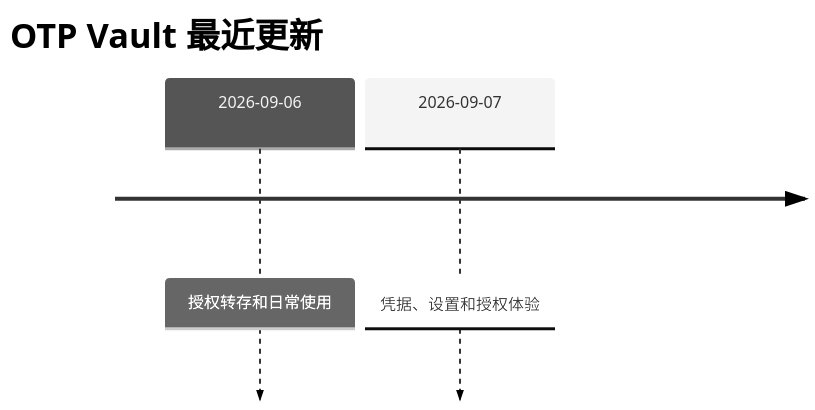
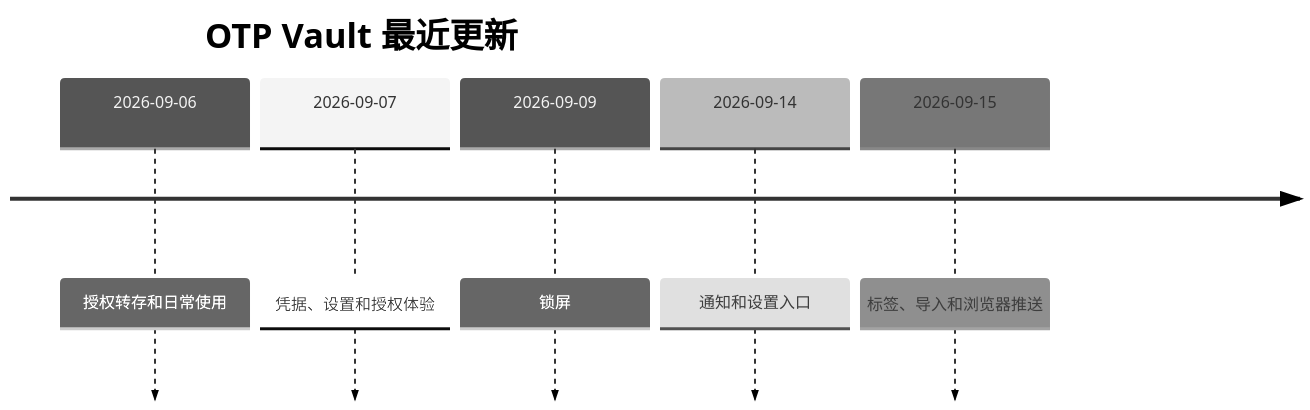
One commit to serein-morii/xb-h5 changed the fourth of 4 diagrams in docs/otp-vault-user-guide.md. Above: the diagram before and after it, drawn with Mermaid (neutral theme). The commit also changed other lines of this file and 2 other files, not shown here.

First line of the commit message:
docs(otp): sync guide timeline and run OTP tests by default.

````diff
--- a/docs/otp-vault-user-guide.md
+++ b/docs/otp-vault-user-guide.md
@@ -252,6 +252,9 @@
 ```mermaid
 timeline
     title OTP Vault 最近更新
     2026-09-06 : 授权转存和日常使用
     2026-09-07 : 凭据、设置和授权体验
+    2026-09-09 : 锁屏
+    2026-09-14 : 通知和设置入口
+    2026-09-15 : 标签、导入和浏览器推送
 ```
````
